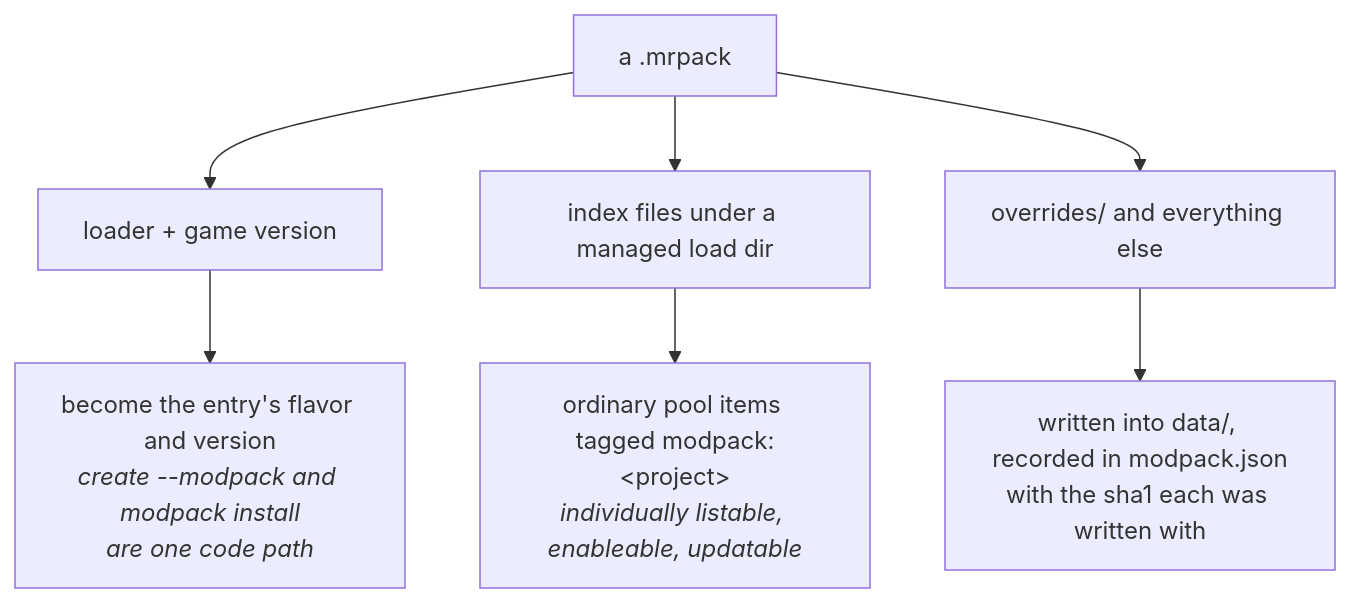
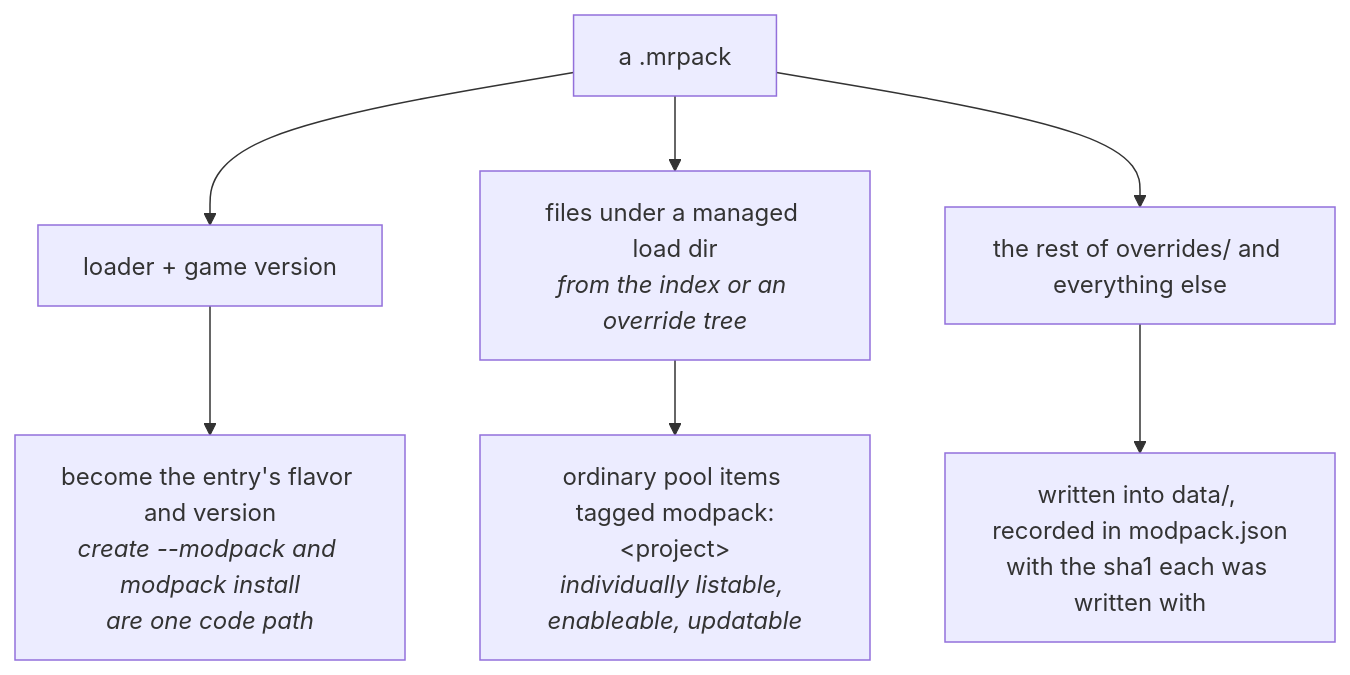
The third of 3 diagrams in docs/architecture/content.md (prytaneum/hestia), drawn with Mermaid before and after one commit. The commit also changed other lines of this file and 13 other files, not shown here.

````diff
--- a/docs/architecture/content.md
+++ b/docs/architecture/content.md
@@ -241,11 +241,11 @@
 ```mermaid
 flowchart TD
     PACK["a .mrpack"]
     PACK --> A["loader + game version"]
-    PACK --> B["index files under a managed load dir"]
-    PACK --> C["overrides/ and everything else"]
+    PACK --> B["files under a managed load dir<br/><i>from the index or an override tree</i>"]
+    PACK --> C["the rest of overrides/ and everything else"]
 
     A --> A1["become the entry's flavor and version<br/><i>create --modpack and modpack install<br/>are one code path</i>"]
     B --> B1["ordinary pool items tagged modpack:&lt;project&gt;<br/><i>individually listable, enableable, updatable</i>"]
     C --> C1["written into data/, recorded in modpack.json<br/>with the sha1 each was written with"]
 ```
````
